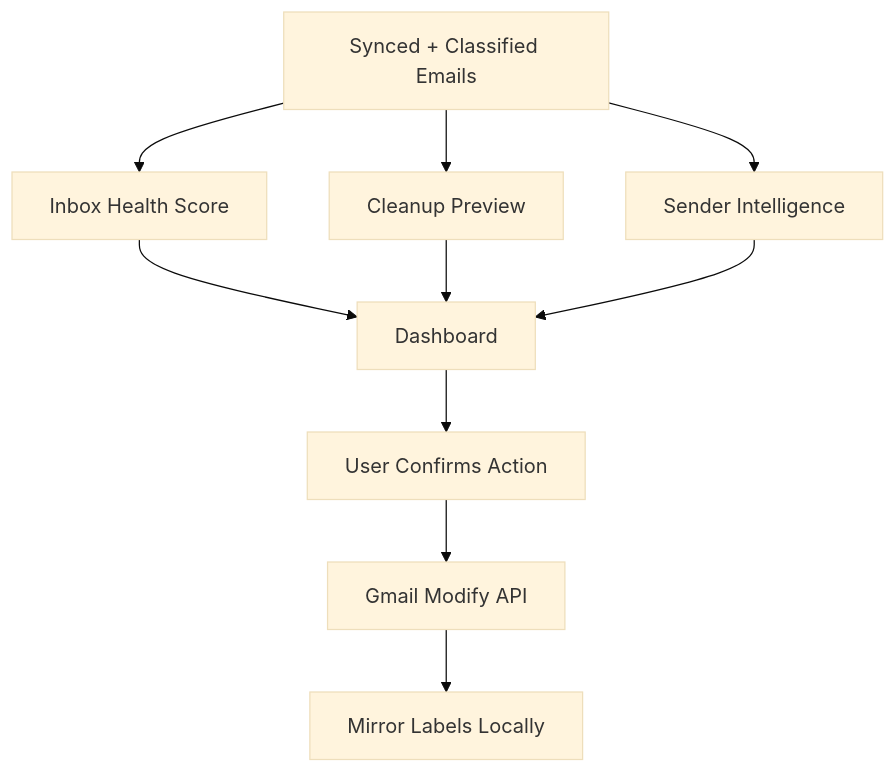
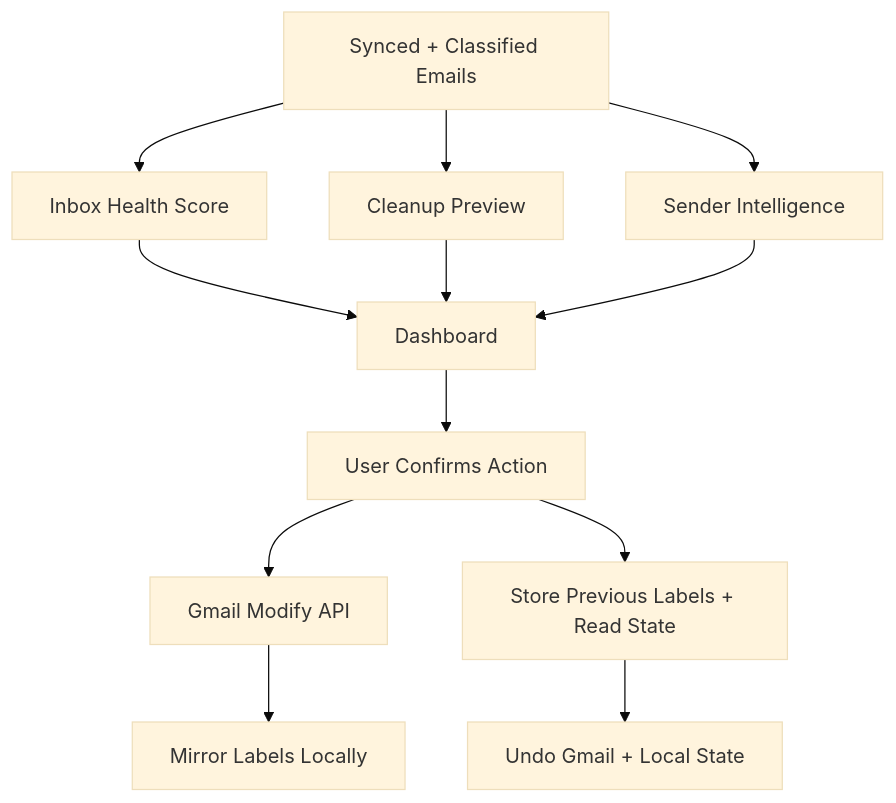
The seventh of 7 diagrams in docs/system-design.md (Eshaj20/Mailmind), drawn with Mermaid (base theme) before and after one commit. The commit also changed other lines of this file and 14 other files, not shown here.

First line of the commit message:
feat(cleanup): add reversible cleanup undo flow

````diff
--- a/docs/system-design.md
+++ b/docs/system-design.md
@@ -192,12 +193,14 @@
 ```mermaid
 flowchart TD
     Emails[Synced + Classified Emails] --> Health[Inbox Health Score]
     Emails --> Preview[Cleanup Preview]
     Emails --> Senders[Sender Intelligence]
     Health --> Dashboard[Dashboard]
     Preview --> Dashboard
     Senders --> Dashboard
     Dashboard --> Confirm[User Confirms Action]
     Confirm --> GmailModify[Gmail Modify API]
     GmailModify --> LocalMirror[Mirror Labels Locally]
+    Confirm --> UndoLog[Store Previous Labels + Read State]
+    UndoLog --> Restore[Undo Gmail + Local State]
 ```
````
